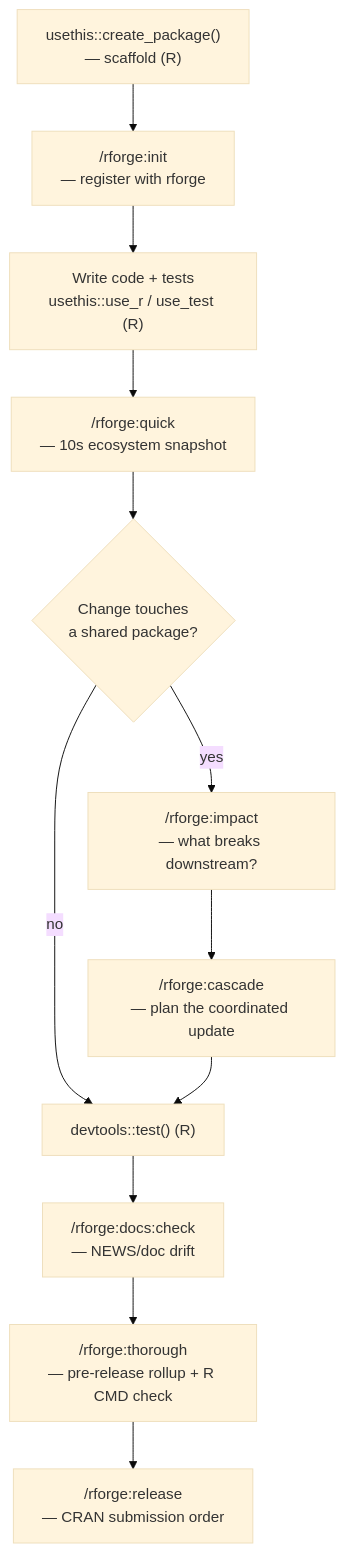
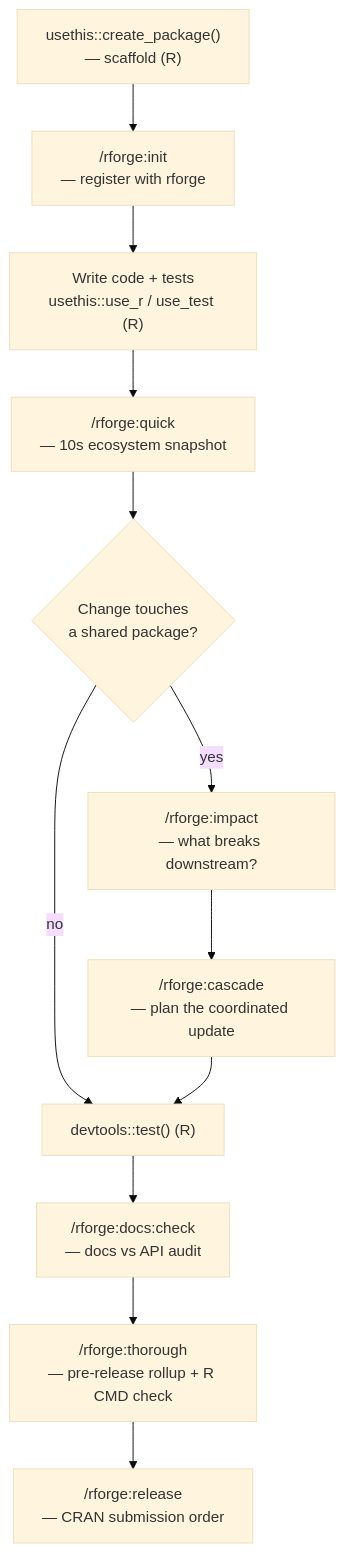
One commit to Data-Wise/rforge changed the diagram in docs/tutorials/rforge-in-the-r-lifecycle.md. Above: the diagram before and after it, drawn with Mermaid (base theme). The commit also changed 62 other files, not shown here.

First line of the commit message:
feat(docs:check): static docs-content audit (lib.docaudit), release A1 (#88)

````diff
--- a/docs/tutorials/rforge-in-the-r-lifecycle.md
+++ b/docs/tutorials/rforge-in-the-r-lifecycle.md
@@ -53,14 +53,14 @@
 ```mermaid
 flowchart TD
     A["usethis::create_package()<br/>— scaffold (R)"] --> B["/rforge:init<br/>— register with rforge"]
     B --> C["Write code + tests<br/>usethis::use_r / use_test (R)"]
     C --> D["/rforge:quick<br/>— 10s ecosystem snapshot"]
     D --> E{"Change touches<br/>a shared package?"}
     E -- "no" --> F["devtools::test() (R)"]
     E -- "yes" --> G["/rforge:impact<br/>— what breaks downstream?"]
     G --> H["/rforge:cascade<br/>— plan the coordinated update"]
     H --> F
-    F --> I["/rforge:docs:check<br/>— NEWS/doc drift"]
+    F --> I["/rforge:docs:check<br/>— docs vs API audit"]
     I --> J["/rforge:thorough<br/>— pre-release rollup + R CMD check"]
     J --> K["/rforge:release<br/>— CRAN submission order"]
 ```
````
